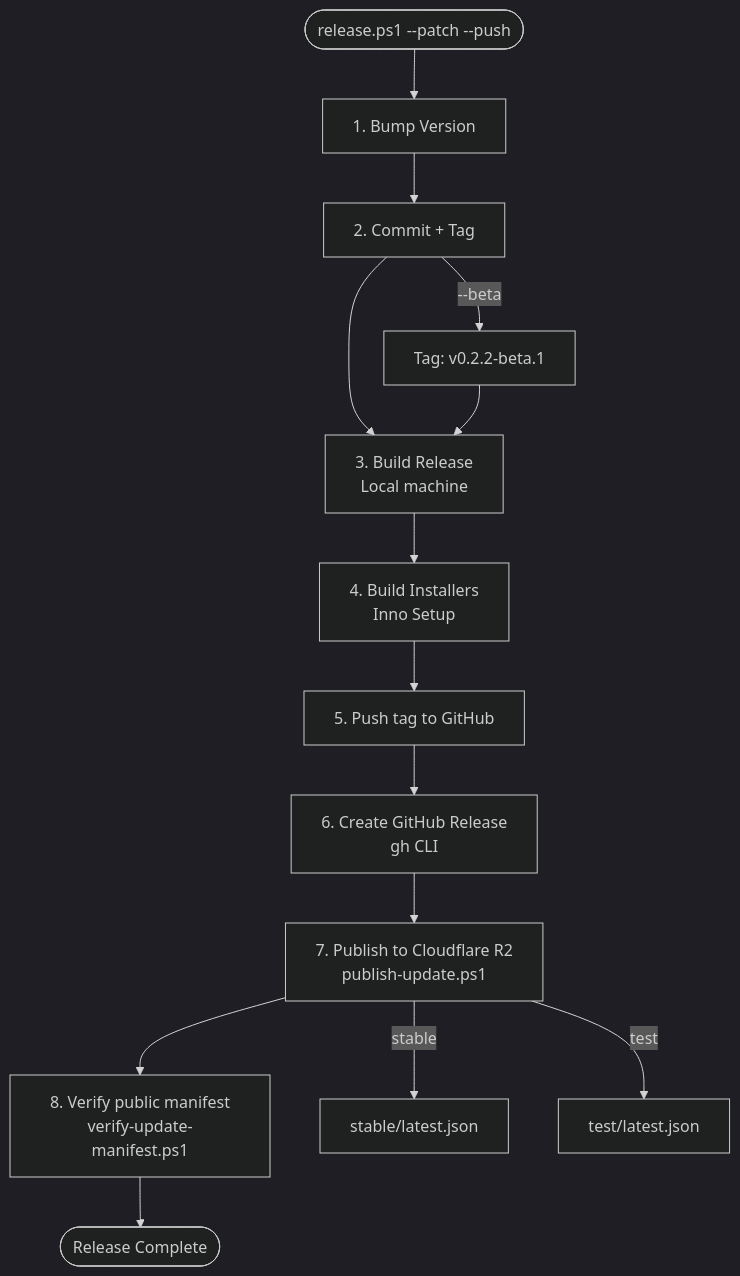
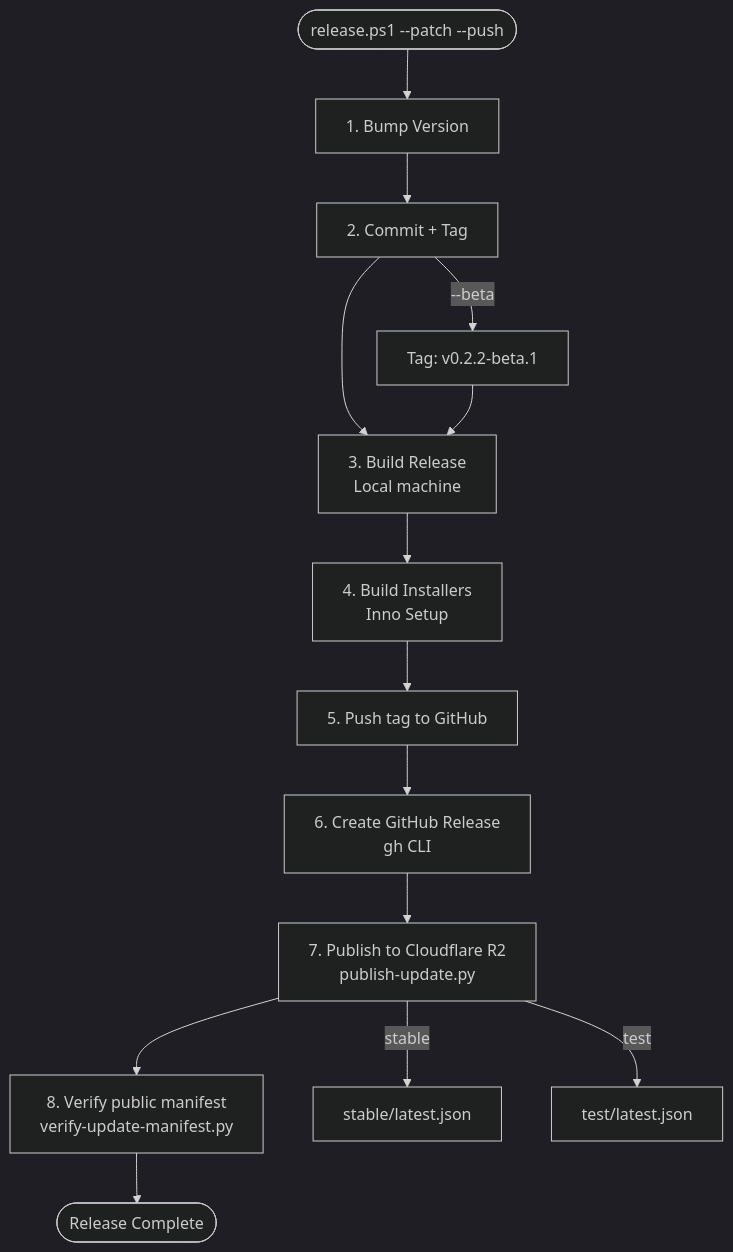
One commit to KPT1020/mib-studio-qt changed the diagram in docs/howto/release-workflow.md. Above: the diagram before and after it, drawn with Mermaid (dark theme). The commit also changed other lines of this file and 11 other files, not shown here.

````diff
--- a/docs/howto/release-workflow.md
+++ b/docs/howto/release-workflow.md
@@ -220,17 +220,17 @@
 ```mermaid
 flowchart TD
     Start([release.ps1 --patch --push]) --> Bump[1. Bump Version]
     Bump --> Commit[2. Commit + Tag]
     Commit --> Build[3. Build Release<br/>Local machine]
     Build --> Installers[4. Build Installers<br/>Inno Setup]
     Installers --> Push[5. Push tag to GitHub]
     Push --> GHRelease[6. Create GitHub Release<br/>gh CLI]
-    GHRelease --> R2[7. Publish to Cloudflare R2<br/>publish-update.ps1]
-    R2 --> Verify[8. Verify public manifest<br/>verify-update-manifest.ps1]
+    GHRelease --> R2[7. Publish to Cloudflare R2<br/>publish-update.py]
+    R2 --> Verify[8. Verify public manifest<br/>verify-update-manifest.py]
     Verify --> Done([Release Complete])
 
     Commit -->|--beta| BetaTag[Tag: v0.2.2-beta.1]
     BetaTag --> Build
     R2 -->|stable| Stable[stable/latest.json]
     R2 -->|test| Test[test/latest.json]
 ```
````
